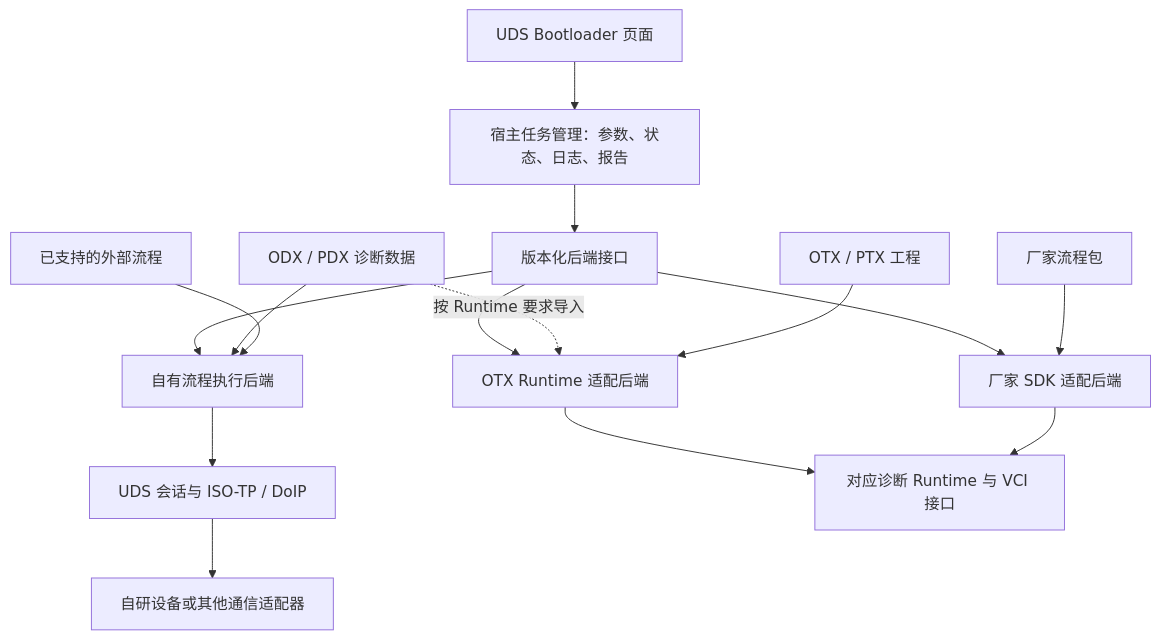
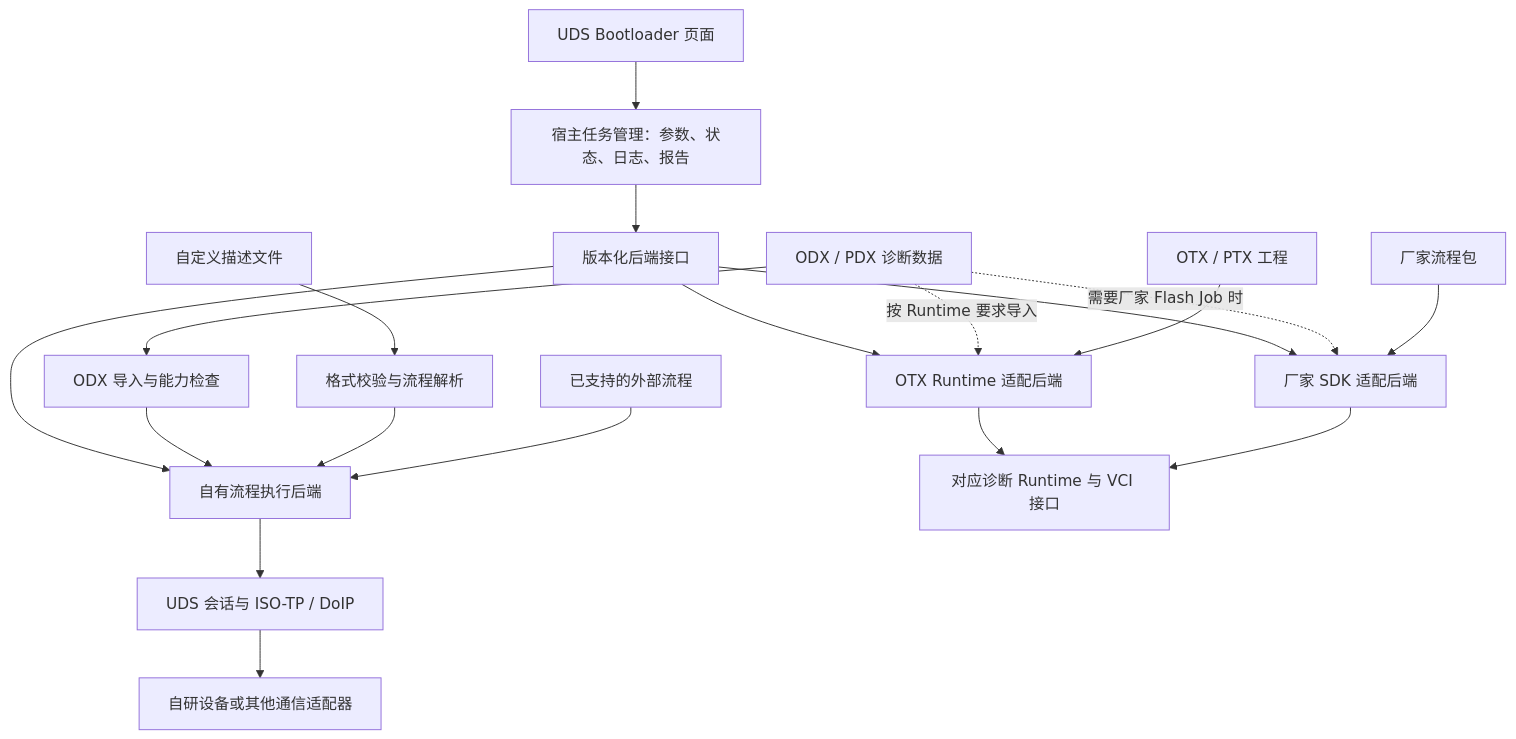
One commit to kvvipa0028/USB_I2C_Hpm changed the diagram in docs/uds-bootloader-plugin-proposal.md. Above: the diagram before and after it, drawn with Mermaid. The commit also changed other lines of this file and 3 other files, not shown here.

````diff
--- a/docs/uds-bootloader-plugin-proposal.md
+++ b/docs/uds-bootloader-plugin-proposal.md
@@ -63,17 +72,21 @@
 ```mermaid
 flowchart TB
     UI["UDS Bootloader 页面"] --> HOST["宿主任务管理：参数、状态、日志、报告"]
     HOST --> API["版本化后端接口"]
     API --> OWN["自有流程执行后端"]
     API --> OTX["OTX Runtime 适配后端"]
     API --> OEM["厂家 SDK 适配后端"]
-    DATA["ODX / PDX 诊断数据"] --> OWN
+    DATA["ODX / PDX 诊断数据"] --> ODXIN["ODX 导入与能力检查"]
+    ODXIN --> OWN
     DATA -. "按 Runtime 要求导入" .-> OTX
+    DATA -. "需要厂家 Flash Job 时" .-> OEM
+    CUSTOM["自定义描述文件"] --> CUSTOMIN["格式校验与流程解析"]
+    CUSTOMIN --> OWN
     FLOW["已支持的外部流程"] --> OWN
     PTX["OTX / PTX 工程"] --> OTX
     PACK["厂家流程包"] --> OEM
     OWN --> UDS["UDS 会话与 ISO-TP / DoIP"]
     UDS --> HW["自研设备或其他通信适配器"]
     OTX --> VCI["对应诊断 Runtime 与 VCI 接口"]
     OEM --> VCI
 ```
````
